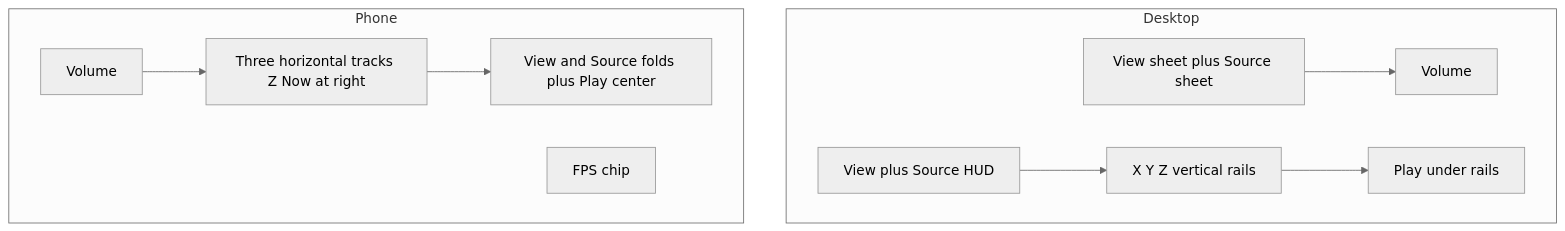
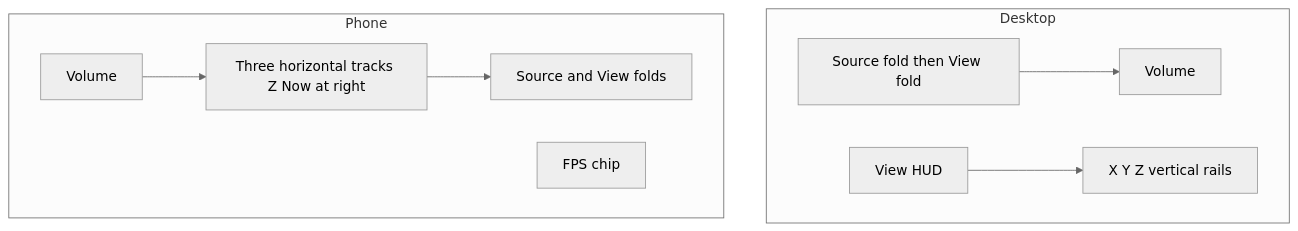
Diagram 20 of 30 in architecture.md (PiMaV/DONNER), drawn with Mermaid (neutral theme) before and after one commit. The commit also changed other lines of this file and 28 other files, not shown here.

Commit message:
Ship a Source|View inspect shell with voxel gap, manual phone AR placement, and mid-volume planes so the hot path is not always-on bench and neighborhood.

````diff
--- a/architecture.md
+++ b/architecture.md
@@ -550,21 +563,19 @@
 ```mermaid
 flowchart TB
   subgraph desktop [Desktop]
-    sheetD[View sheet plus Source sheet]
+    sheetD[Source fold then View fold]
     volD[Volume]
-    hudD[View plus Source HUD]
+    hudD[View HUD]
     zD[X Y Z vertical rails]
-    playD[Play under rails]
     sheetD --> volD
     hudD --> zD
-    zD --> playD
   end
   subgraph phone [Phone]
     volP[Volume]
     zP[Three horizontal tracks Z Now at right]
-    barP[View and Source folds plus Play center]
+    barP[Source and View folds]
     chipP[FPS chip]
     volP --> zP
     zP --> barP
   end
 ```
````
